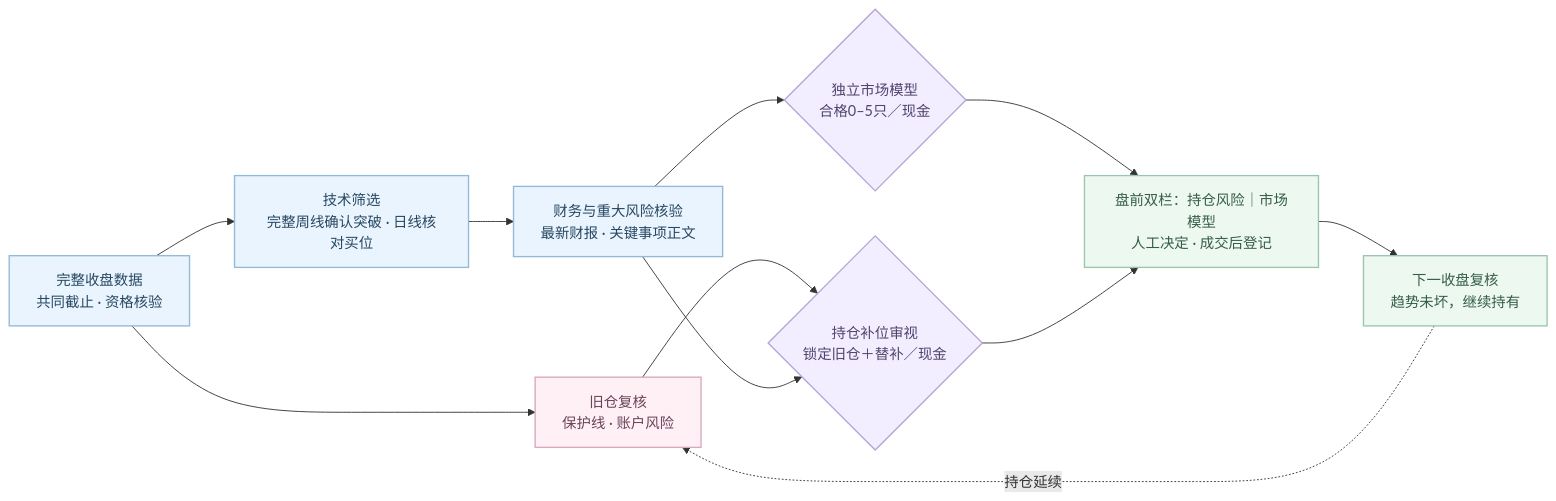
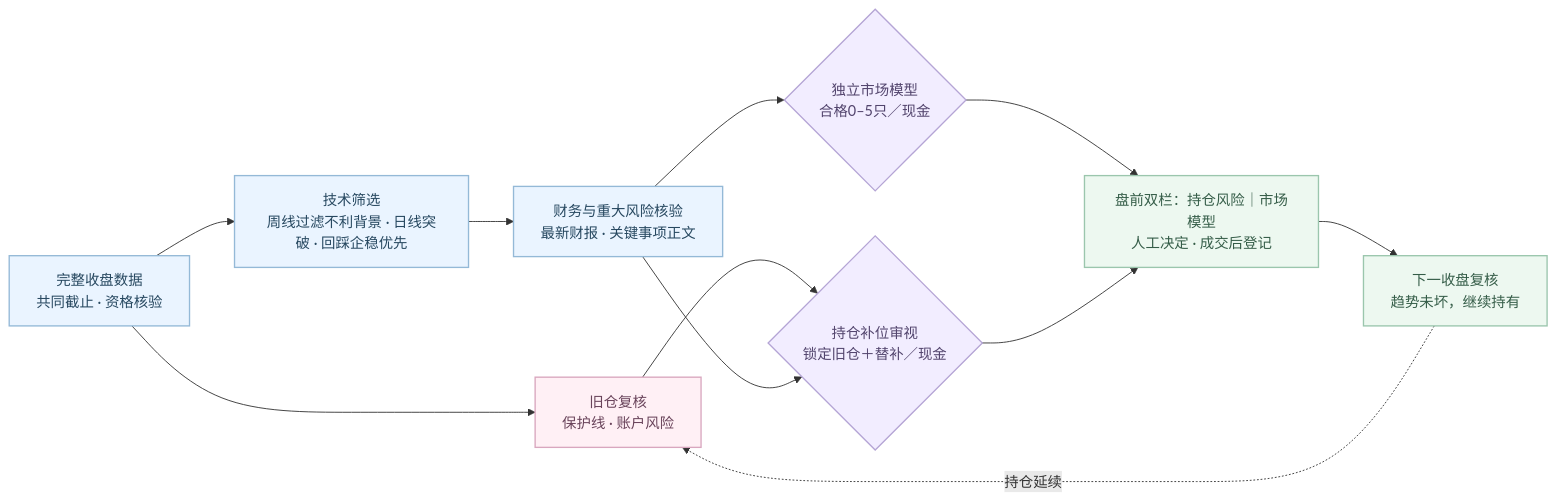
The diagram in README.md (zerongwong/a-share-lab), drawn with Mermaid before and after one commit. The commit also changed other lines of this file and 62 other files, not shown here.

````diff
--- a/README.md
+++ b/README.md
@@ -18,24 +19,24 @@
 ```mermaid
 flowchart LR
     D["完整收盘数据<br/>共同截止 · 资格核验"]
     H["旧仓复核<br/>保护线 · 账户风险"]
-    N["技术筛选<br/>完整周线确认突破 · 日线核对买位"]
+    N["技术筛选<br/>周线过滤不利背景 · 日线突破 · 回踩企稳优先"]
     F["财务与重大风险核验<br/>最新财报 · 关键事项正文"]
     M{"独立市场模型<br/>合格0–5只／现金"}
     J{"持仓补位审视<br/>锁定旧仓＋替补／现金"}
     R["盘前双栏：持仓风险｜市场模型<br/>人工决定 · 成交后登记"]
     V["下一收盘复核<br/>趋势未坏，继续持有"]
     D --> H & N
     H --> J
     N --> F --> M & J
     M & J --> R --> V
     V -. 持仓延续 .-> H
     classDef sky fill:#eaf4ff,stroke:#94b9d7,color:#274860,stroke-width:1.5px;
     classDef rose fill:#fff0f5,stroke:#d9a7bf,color:#69435a,stroke-width:1.5px;
     classDef mint fill:#edf8f0,stroke:#9bc6ad,color:#355d48,stroke-width:1.5px;
     classDef lavender fill:#f2edff,stroke:#b5a5d5,color:#52446d,stroke-width:1.5px;
     class D,N,F sky;
     class H rose;
     class M,J lavender;
     class R,V mint;
 ```
````
